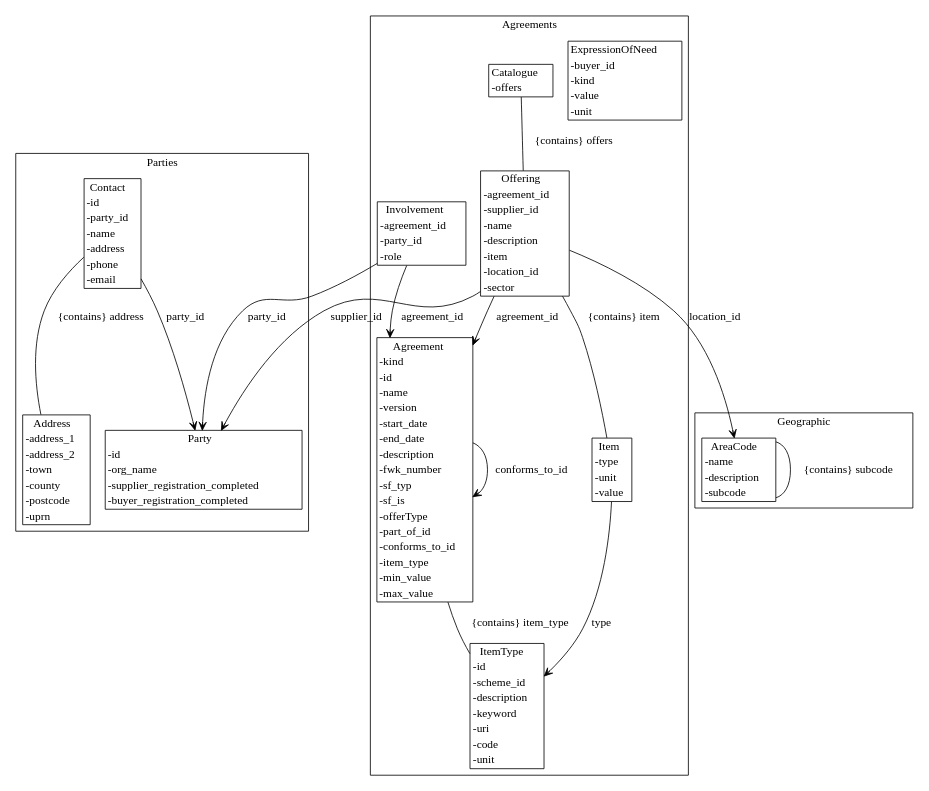
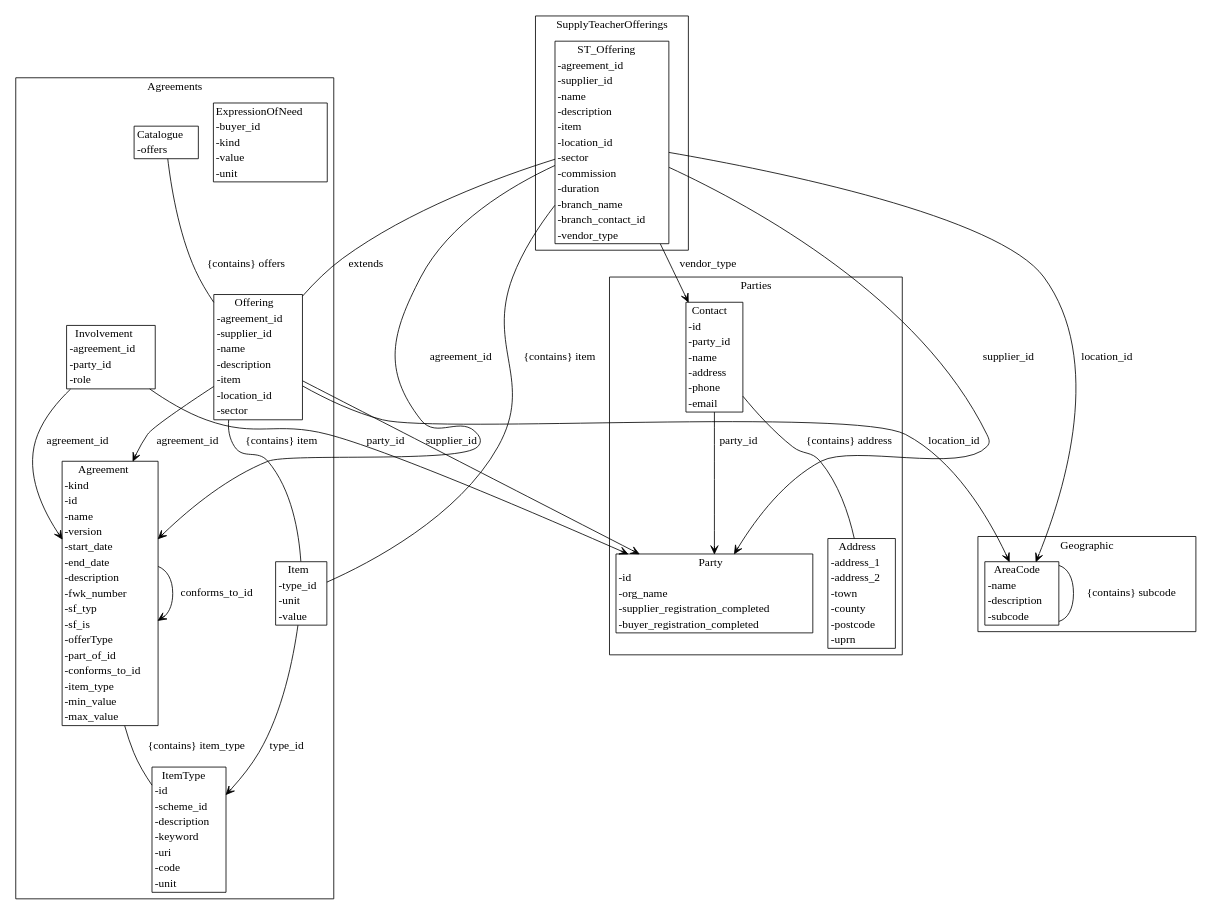
Before and after one commit to Crown-Commercial-Service/cmp-design-prototype: the diagram in agreement-design/gen/diagrams/metamodel.dot, drawn with Graphviz. The commit also changed 14 other files, not shown here.

```diff
--- a/agreement-design/gen/diagrams/metamodel.dot
+++ b/agreement-design/gen/diagrams/metamodel.dot
@@ -1,39 +1,51 @@
 strict digraph {
 subgraph cluster_Agreements {
 node [shape=plaintext margin=0];
 label=Agreements;
 "ItemType" [label=<<table BORDER="1" CELLBORDER="0" CELLSPACING="0"><TH><TD>ItemType</TD></TH><TR><TD ALIGN="LEFT">-id</TD></TR><TR><TD ALIGN="LEFT">-scheme_id</TD></TR><TR><TD ALIGN="LEFT">-description</TD></TR><TR><TD ALIGN="LEFT">-keyword</TD></TR><TR><TD ALIGN="LEFT">-uri</TD></TR><TR><TD ALIGN="LEFT">-code</TD></TR><TR><TD ALIGN="LEFT">-unit</TD></TR></table>>];
 "ExpressionOfNeed" [label=<<table BORDER="1" CELLBORDER="0" CELLSPACING="0"><TH><TD>ExpressionOfNeed</TD></TH><TR><TD ALIGN="LEFT">-buyer_id</TD></TR><TR><TD ALIGN="LEFT">-kind</TD></TR><TR><TD ALIGN="LEFT">-value</TD></TR><TR><TD ALIGN="LEFT">-unit</TD></TR></table>>];
 "Agreement" [label=<<table BORDER="1" CELLBORDER="0" CELLSPACING="0"><TH><TD>Agreement</TD></TH><TR><TD ALIGN="LEFT">-kind</TD></TR><TR><TD ALIGN="LEFT">-id</TD></TR><TR><TD ALIGN="LEFT">-name</TD></TR><TR><TD ALIGN="LEFT">-version</TD></TR><TR><TD ALIGN="LEFT">-start_date</TD></TR><TR><TD ALIGN="LEFT">-end_date</TD></TR><TR><TD ALIGN="LEFT">-description</TD></TR><TR><TD ALIGN="LEFT">-fwk_number</TD></TR><TR><TD ALIGN="LEFT">-sf_typ</TD></TR><TR><TD ALIGN="LEFT">-sf_is</TD></TR><TR><TD ALIGN="LEFT">-offerType</TD></TR><TR><TD ALIGN="LEFT">-part_of_id</TD></TR><TR><TD ALIGN="LEFT">-conforms_to_id</TD></TR><TR><TD ALIGN="LEFT">-item_type</TD></TR><TR><TD ALIGN="LEFT">-min_value</TD></TR><TR><TD ALIGN="LEFT">-max_value</TD></TR></table>>];
-"Item" [label=<<table BORDER="1" CELLBORDER="0" CELLSPACING="0"><TH><TD>Item</TD></TH><TR><TD ALIGN="LEFT">-type</TD></TR><TR><TD ALIGN="LEFT">-unit</TD></TR><TR><TD ALIGN="LEFT">-value</TD></TR></table>>];
+"Item" [label=<<table BORDER="1" CELLBORDER="0" CELLSPACING="0"><TH><TD>Item</TD></TH><TR><TD ALIGN="LEFT">-type_id</TD></TR><TR><TD ALIGN="LEFT">-unit</TD></TR><TR><TD ALIGN="LEFT">-value</TD></TR></table>>];
 "Offering" [label=<<table BORDER="1" CELLBORDER="0" CELLSPACING="0"><TH><TD>Offering</TD></TH><TR><TD ALIGN="LEFT">-agreement_id</TD></TR><TR><TD ALIGN="LEFT">-supplier_id</TD></TR><TR><TD ALIGN="LEFT">-name</TD></TR><TR><TD ALIGN="LEFT">-description</TD></TR><TR><TD ALIGN="LEFT">-item</TD></TR><TR><TD ALIGN="LEFT">-location_id</TD></TR><TR><TD ALIGN="LEFT">-sector</TD></TR></table>>];
 "Catalogue" [label=<<table BORDER="1" CELLBORDER="0" CELLSPACING="0"><TH><TD>Catalogue</TD></TH><TR><TD ALIGN="LEFT">-offers</TD></TR></table>>];
 "Involvement" [label=<<table BORDER="1" CELLBORDER="0" CELLSPACING="0"><TH><TD>Involvement</TD></TH><TR><TD ALIGN="LEFT">-agreement_id</TD></TR><TR><TD ALIGN="LEFT">-party_id</TD></TR><TR><TD ALIGN="LEFT">-role</TD></TR></table>>];
 }
 subgraph cluster_Parties {
 node [shape=plaintext margin=0];
 label=Parties;
 "Party" [label=<<table BORDER="1" CELLBORDER="0" CELLSPACING="0"><TH><TD>Party</TD></TH><TR><TD ALIGN="LEFT">-id</TD></TR><TR><TD ALIGN="LEFT">-org_name</TD></TR><TR><TD ALIGN="LEFT">-supplier_registration_completed</TD></TR><TR><TD ALIGN="LEFT">-buyer_registration_completed</TD></TR></table>>];
 "Address" [label=<<table BORDER="1" CELLBORDER="0" CELLSPACING="0"><TH><TD>Address</TD></TH><TR><TD ALIGN="LEFT">-address_1</TD></TR><TR><TD ALIGN="LEFT">-address_2</TD></TR><TR><TD ALIGN="LEFT">-town</TD></TR><TR><TD ALIGN="LEFT">-county</TD></TR><TR><TD ALIGN="LEFT">-postcode</TD></TR><TR><TD ALIGN="LEFT">-uprn</TD></TR></table>>];
 "Contact" [label=<<table BORDER="1" CELLBORDER="0" CELLSPACING="0"><TH><TD>Contact</TD></TH><TR><TD ALIGN="LEFT">-id</TD></TR><TR><TD ALIGN="LEFT">-party_id</TD></TR><TR><TD ALIGN="LEFT">-name</TD></TR><TR><TD ALIGN="LEFT">-address</TD></TR><TR><TD ALIGN="LEFT">-phone</TD></TR><TR><TD ALIGN="LEFT">-email</TD></TR></table>>];
 }
 subgraph cluster_Geographic {
 node [shape=plaintext margin=0];
 label=Geographic;
 "AreaCode" [label=<<table BORDER="1" CELLBORDER="0" CELLSPACING="0"><TH><TD>AreaCode</TD></TH><TR><TD ALIGN="LEFT">-name</TD></TR><TR><TD ALIGN="LEFT">-description</TD></TR><TR><TD ALIGN="LEFT">-subcode</TD></TR></table>>];
 }
+subgraph cluster_SupplyTeacherOfferings {
+node [shape=plaintext margin=0];
+label=SupplyTeacherOfferings;
+"ST_Offering" [label=<<table BORDER="1" CELLBORDER="0" CELLSPACING="0"><TH><TD>ST_Offering</TD></TH><TR><TD ALIGN="LEFT">-agreement_id</TD></TR><TR><TD ALIGN="LEFT">-supplier_id</TD></TR><TR><TD ALIGN="LEFT">-name</TD></TR><TR><TD ALIGN="LEFT">-description</TD></TR><TR><TD ALIGN="LEFT">-item</TD></TR><TR><TD ALIGN="LEFT">-location_id</TD></TR><TR><TD ALIGN="LEFT">-sector</TD></TR><TR><TD ALIGN="LEFT">-commission</TD></TR><TR><TD ALIGN="LEFT">-duration</TD></TR><TR><TD ALIGN="LEFT">-branch_name</TD></TR><TR><TD ALIGN="LEFT">-branch_contact_id</TD></TR><TR><TD ALIGN="LEFT">-vendor_type</TD></TR></table>>];
+}
 "Agreement" -> "Agreement" [label="part_of_id" arrowhead = "open" arrowtail = "none" ];
 "Agreement" -> "Agreement" [label="conforms_to_id" arrowhead = "open" arrowtail = "none" ];
 "Agreement" -> "ItemType" [label="{contains} item_type" arrowhead = "none" arrowtail = "diamond" ];
-"Item" -> "ItemType" [label="type" arrowhead = "open" arrowtail = "none" ];
+"Item" -> "ItemType" [label="type_id" arrowhead = "open" arrowtail = "none" ];
 "Offering" -> "Agreement" [label="agreement_id" arrowhead = "open" arrowtail = "none" ];
 "Offering" -> "Party" [label="supplier_id" arrowhead = "open" arrowtail = "none" ];
 "Offering" -> "Item" [label="{contains} item" arrowhead = "none" arrowtail = "diamond" ];
 "Offering" -> "AreaCode" [label="location_id" arrowhead = "open" arrowtail = "none" ];
 "Catalogue" -> "Offering" [label="{contains} offers" arrowhead = "none" arrowtail = "diamond" ];
 "Involvement" -> "Agreement" [label="agreement_id" arrowhead = "open" arrowtail = "none" ];
 "Involvement" -> "Party" [label="party_id" arrowhead = "open" arrowtail = "none" ];
 "Contact" -> "Party" [label="party_id" arrowhead = "open" arrowtail = "none" ];
 "Contact" -> "Address" [label="{contains} address" arrowhead = "none" arrowtail = "diamond" ];
 "AreaCode" -> "AreaCode" [label="{contains} subcode" arrowhead = "none" arrowtail = "diamond" ];
+"ST_Offering" -> "Offering" [label="extends" arrowhead = "none" arrowtail = "normal" ];
+"ST_Offering" -> "Agreement" [label="agreement_id" arrowhead = "open" arrowtail = "none" ];
+"ST_Offering" -> "Party" [label="supplier_id" arrowhead = "open" arrowtail = "none" ];
+"ST_Offering" -> "Item" [label="{contains} item" arrowhead = "none" arrowtail = "diamond" ];
+"ST_Offering" -> "AreaCode" [label="location_id" arrowhead = "open" arrowtail = "none" ];
+"ST_Offering" -> "Contact" [label="branch_contact_id" arrowhead = "open" arrowtail = "none" ];
+"ST_Offering" -> "Contact" [label="vendor_type" arrowhead = "open" arrowtail = "none" ];
 }
```
